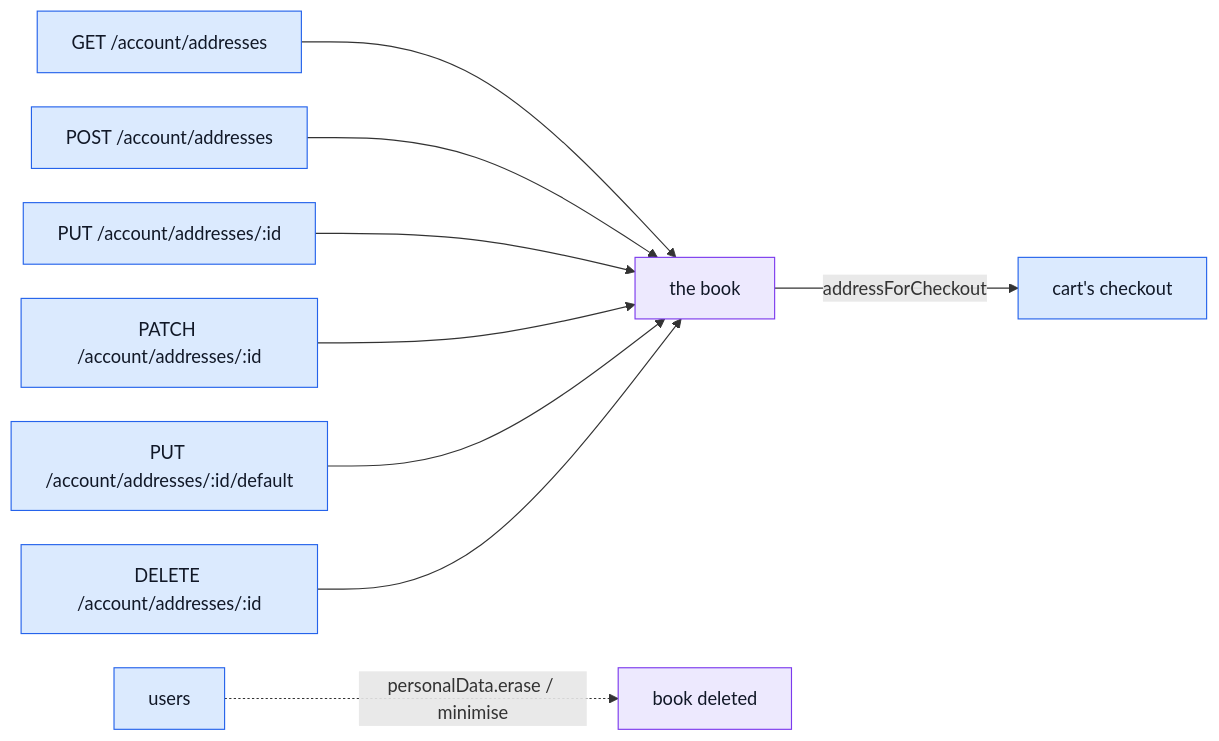
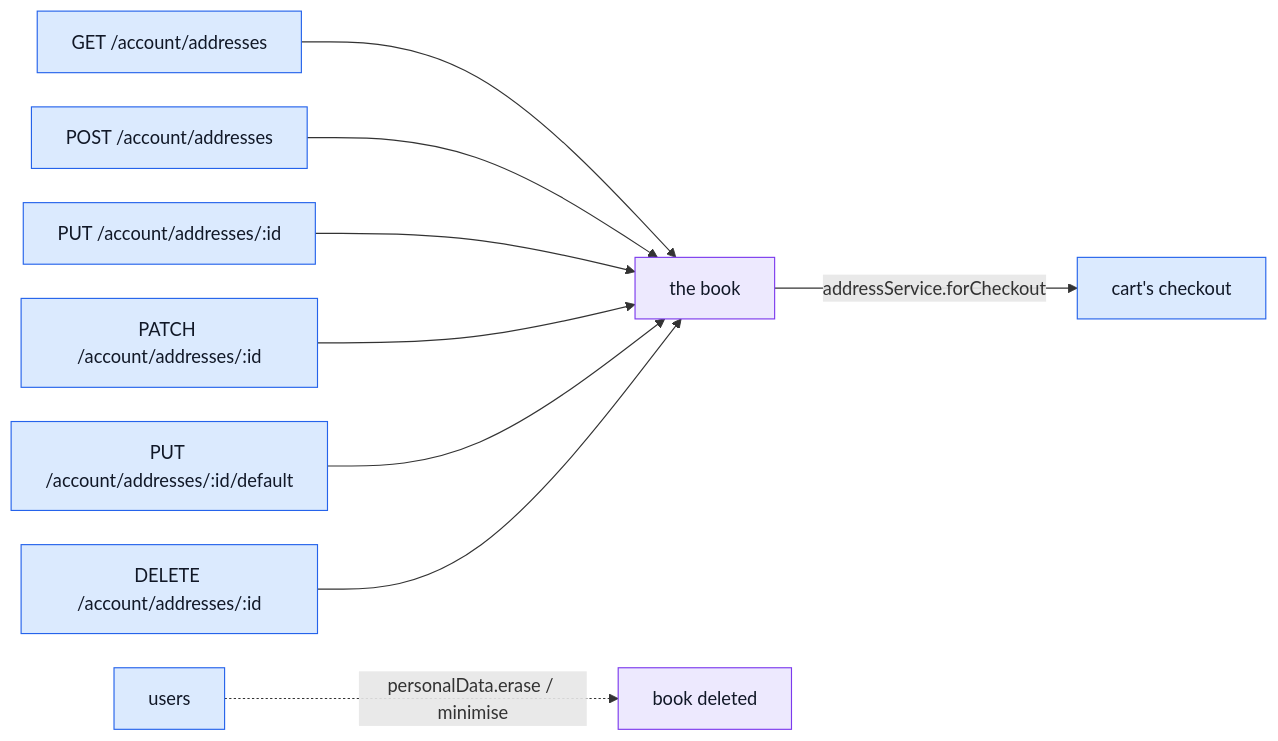
One commit to Guebbit/boilerplate-node-backend changed the second of 2 diagrams in docs/modules/addresses.md. Above: the diagram before and after it, drawn with Mermaid. The commit also changed other lines of this file and 33 other files, not shown here.

````diff
--- a/docs/modules/addresses.md
+++ b/docs/modules/addresses.md
@@ -68,19 +68,19 @@
 ```mermaid
 %%{init: {'flowchart': {'nodeSpacing': 30, 'rankSpacing': 55}}}%%
 flowchart LR
     G["GET /account/addresses"] --> B["the book"]
     A["POST /account/addresses"] --> B
     U["PUT /account/addresses/:id"] --> B
     PA["PATCH /account/addresses/:id"] --> B
     DF["PUT /account/addresses/:id/default"] --> B
     D["DELETE /account/addresses/:id"] --> B
-    B -->|"addressForCheckout"| C["cart's checkout"]
+    B -->|"addressService.forCheckout"| C["cart's checkout"]
     US["users"] -. "personalData.erase / minimise" .-> X["book deleted"]
 
     classDef entry fill:#dbeafe,stroke:#2563eb,color:#111827;
     classDef own fill:#ede9fe,stroke:#7c3aed,color:#111827;
     classDef peer fill:#dbeafe,stroke:#2563eb,color:#111827;
     class G,A,U,PA,DF,D entry;
     class B,X own;
     class C,US peer;
 ```
````
